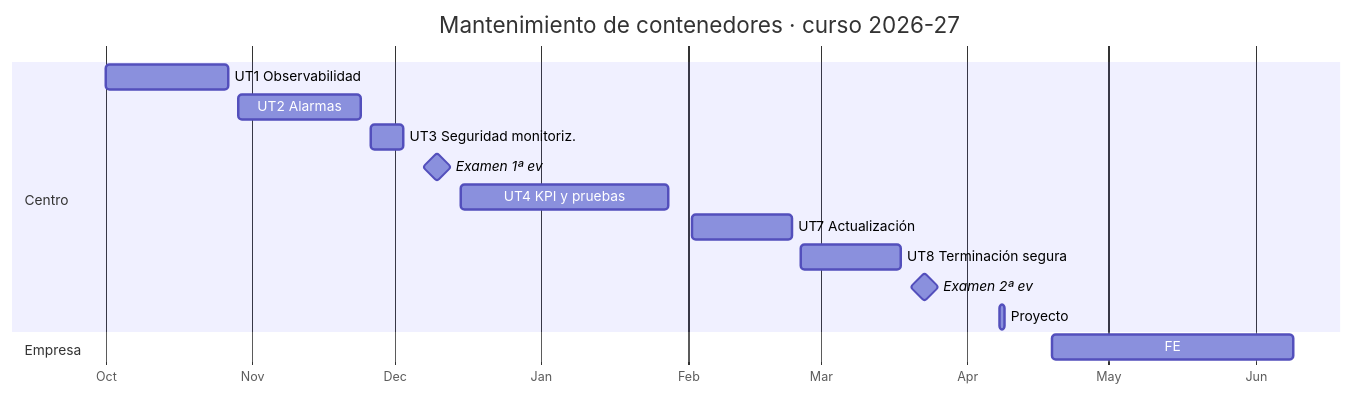
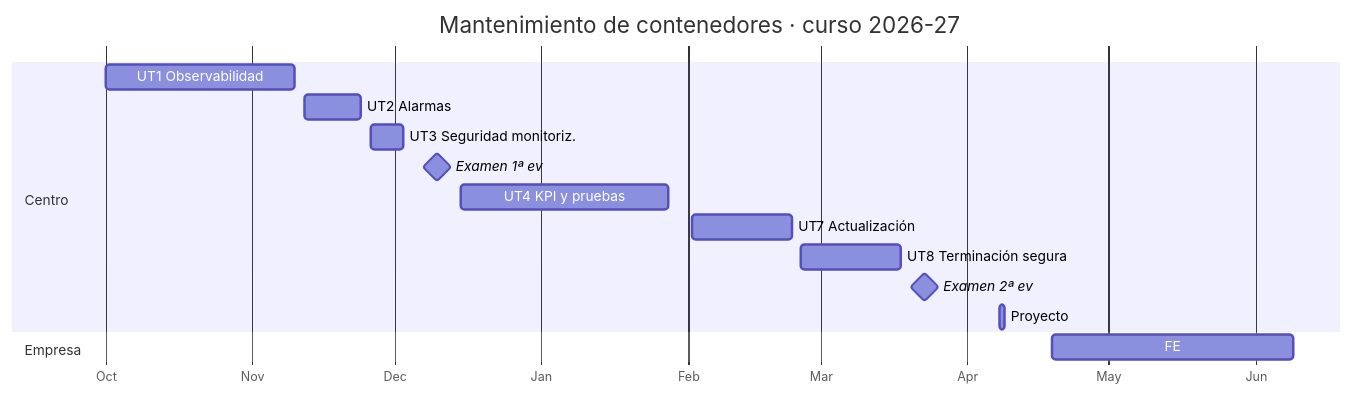
The diagram in docs/calendario.md (victor-educ/apuntes-5169), drawn with Mermaid before and after one commit. The commit also changed other lines of this file and 13 other files, not shown here.

````diff
--- a/docs/calendario.md
+++ b/docs/calendario.md
@@ -82,18 +82,18 @@
 ```mermaid
 gantt
     title Mantenimiento de contenedores · curso 2026-27
     dateFormat  YYYY-MM-DD
     axisFormat  %b
     section Centro
-    UT1 Observabilidad        :2026-10-01, 2026-10-27
-    UT2 Alarmas               :2026-10-29, 2026-11-24
+    UT1 Observabilidad        :2026-10-01, 2026-11-10
+    UT2 Alarmas               :2026-11-12, 2026-11-24
     UT3 Seguridad monitoriz.  :2026-11-26, 2026-12-03
     Examen 1ª ev              :milestone, 2026-12-10, 0d
     UT4 KPI y pruebas         :2026-12-15, 2027-01-28
     UT7 Actualización         :2027-02-02, 2027-02-23
     UT8 Terminación segura    :2027-02-25, 2027-03-18
     Examen 2ª ev              :milestone, 2027-03-23, 0d
     Proyecto                  :2027-04-08, 1d
     section Empresa
     FE                        :2027-04-19, 2027-06-09
 ```
````
